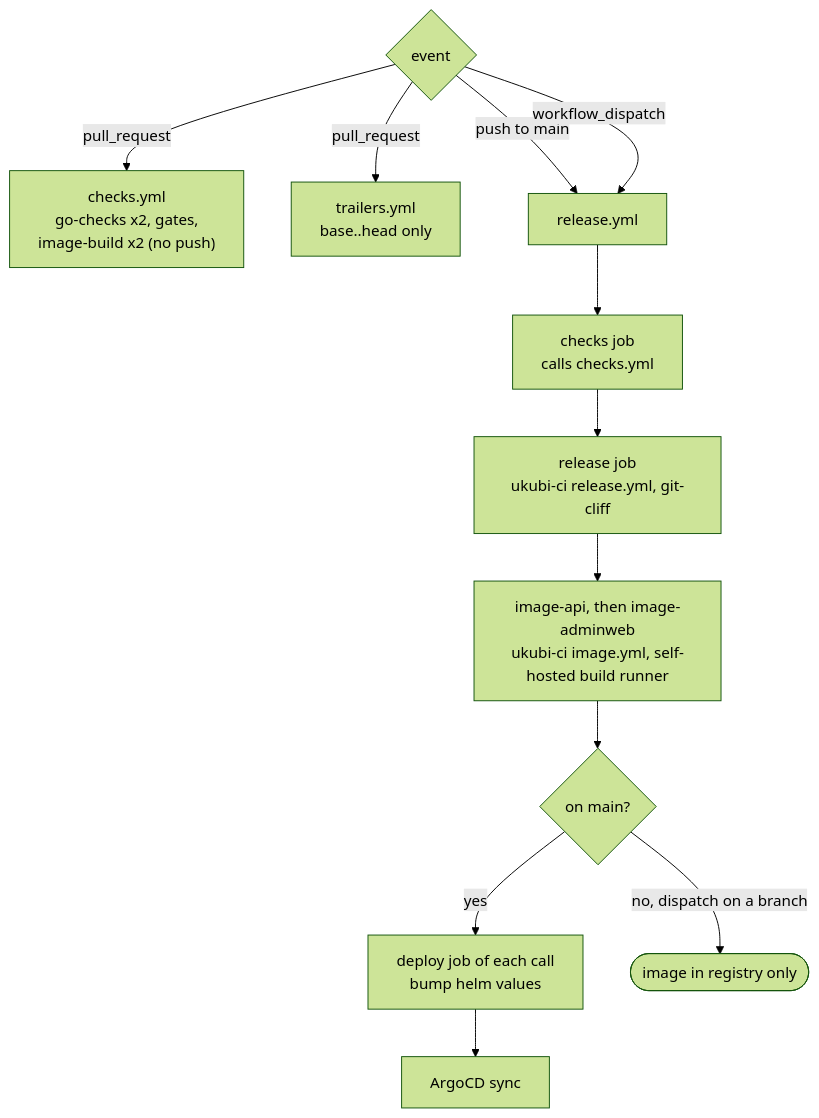
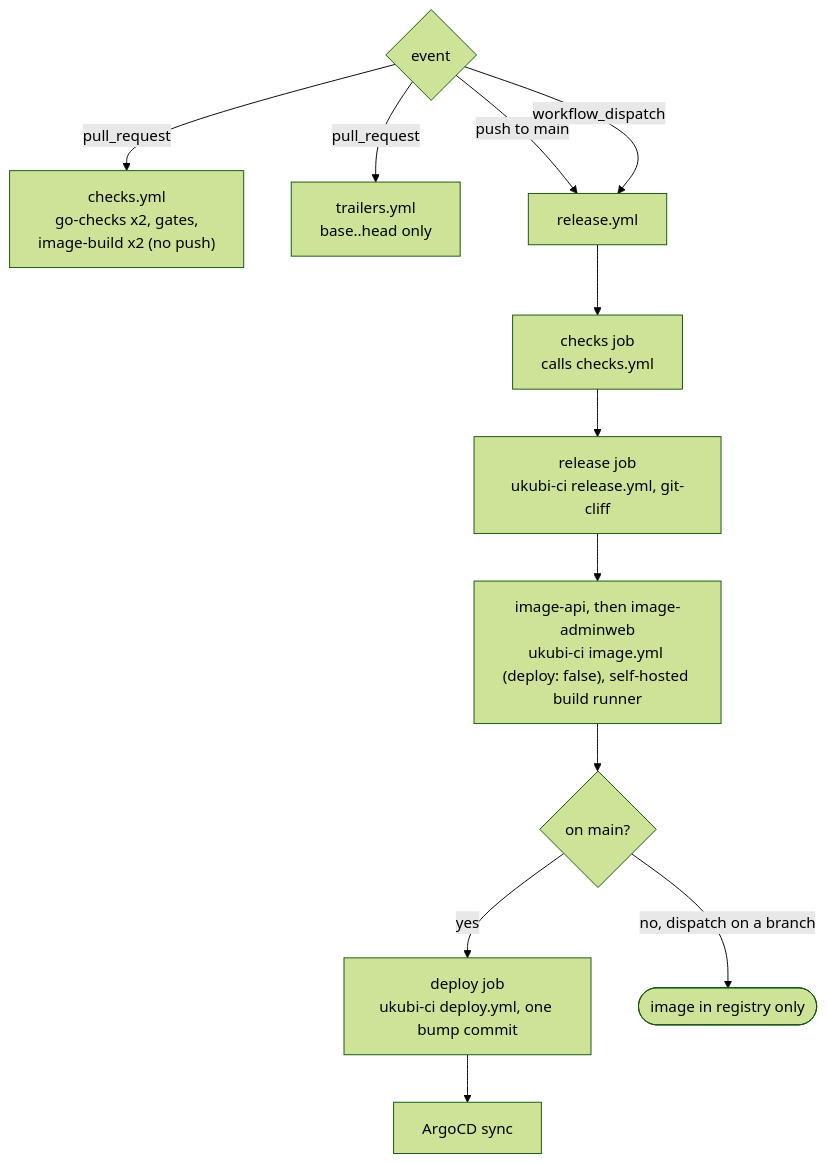
The third of 4 diagrams in docs/architecture/deploy.md (MohammadBnei/wird), drawn with Mermaid (forest theme) before and after one commit. The commit also changed other lines of this file and 1 other file, not shown here.

Commit message:
ci: roll wird-api and wird-adminweb out atomically with ukubi-ci v0.5.0 deploy.yml

````diff
--- a/docs/architecture/deploy.md
+++ b/docs/architecture/deploy.md
@@ -58,25 +58,25 @@
 ```mermaid
 flowchart TD
   ev{"event"}
   pr["checks.yml<br/>go-checks x2, gates,<br/>image-build x2 (no push)"]
   tr["trailers.yml<br/>base..head only"]
   rel["release.yml"]
   checks["checks job<br/>calls checks.yml"]
   release["release job<br/>ukubi-ci release.yml, git-cliff"]
-  build["image-api, then image-adminweb<br/>ukubi-ci image.yml, self-hosted build runner"]
+  build["image-api, then image-adminweb<br/>ukubi-ci image.yml (deploy: false), self-hosted build runner"]
   push{"on main?"}
-  deploy["deploy job of each call<br/>bump helm values"]
+  deploy["deploy job<br/>ukubi-ci deploy.yml, one bump commit"]
   argo["ArgoCD sync"]
   done(["image in registry only"])
   ev -->|pull_request| pr
   ev -->|pull_request| tr
   ev -->|push to main| rel
   ev -->|workflow_dispatch| rel
   rel --> checks
   checks --> release
   release --> build
   build --> push
   push -->|"no, dispatch on a branch"| done
   push -->|yes| deploy
   deploy --> argo
 ```
````
